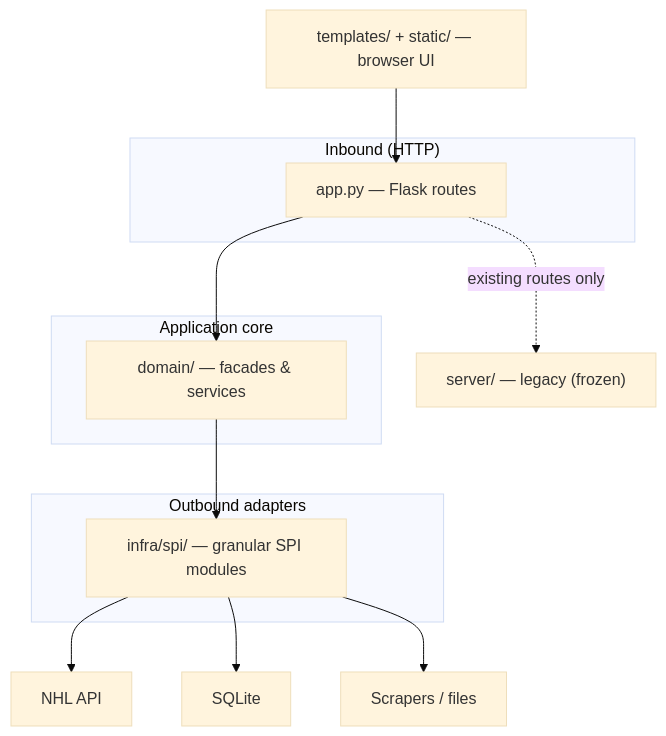
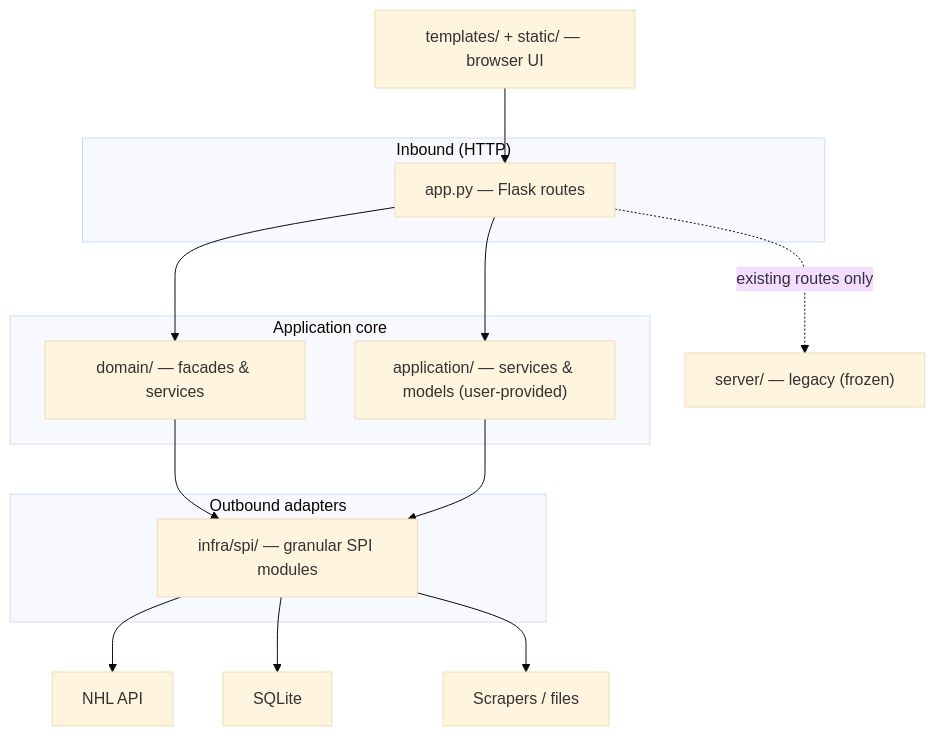
Before and after one commit to andypham29/Kotkamania: the diagram in AGENT.md, drawn with Mermaid (base theme). The commit also changed other lines of this file and 2 other files, not shown here.

````diff
--- a/AGENT.md
+++ b/AGENT.md
@@ -23,22 +23,25 @@
 ```mermaid
 flowchart TB
   subgraph inbound["Inbound (HTTP)"]
     APP["app.py — Flask routes"]
   end
   subgraph core["Application core"]
+    APP_LAYER["application/ — services & models (user-provided)"]
     DOM["domain/ — facades & services"]
   end
   subgraph outbound["Outbound adapters"]
     SPI["infra/spi/ — granular SPI modules"]
   end
   FE["templates/ + static/ — browser UI"]
   LEG["server/ — legacy (frozen)"]
 
   FE --> APP
   APP --> DOM
+  APP --> APP_LAYER
   APP -.->|"existing routes only"| LEG
   DOM --> SPI
+  APP_LAYER --> SPI
   SPI --> NHL["NHL API"]
   SPI --> DB["SQLite"]
   SPI --> SCR["Scrapers / files"]
 ```
````
